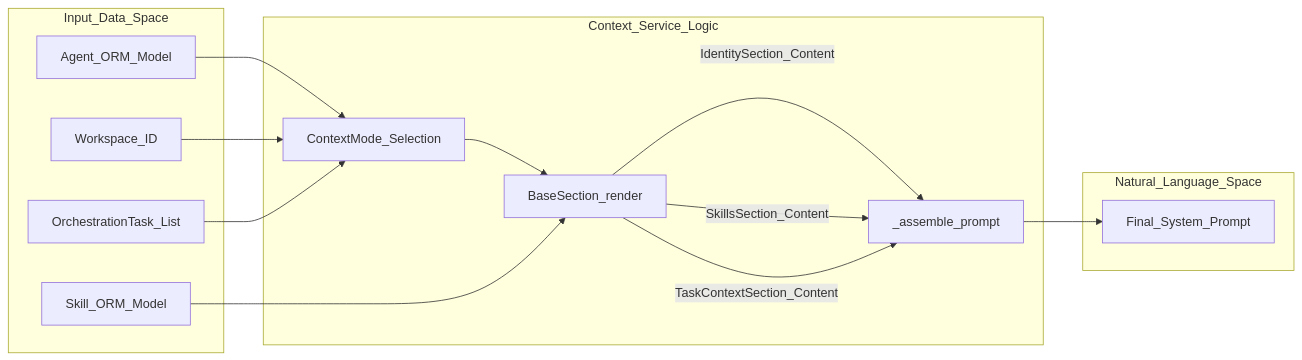
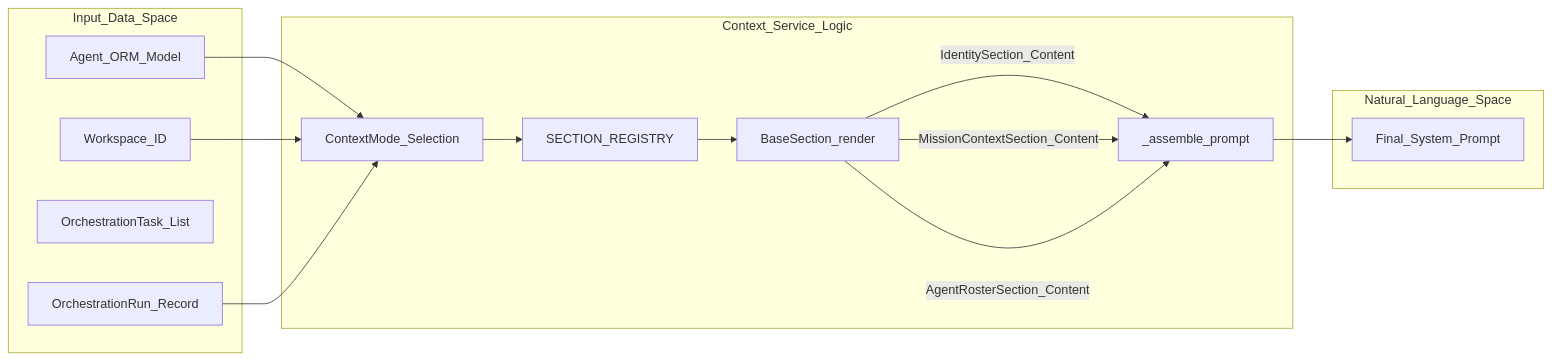
Before and after one commit to AutomatosAI/automatos-ai: the second of 2 diagrams in docs/context-service/context-modes.md, drawn with Mermaid. The commit also changed other lines of this file and 153 other files, not shown here.

````diff
--- a/docs/context-service/context-modes.md
+++ b/docs/context-service/context-modes.md
@@ -162,29 +161,30 @@
 ```mermaid
 graph LR
     subgraph "Input_Data_Space"
         Agent["Agent_ORM_Model"]
         WS["Workspace_ID"]
         Tasks["OrchestrationTask_List"]
-        Skills["Skill_ORM_Model"]
+        Run["OrchestrationRun_Record"]
     end
 
     subgraph "Context_Service_Logic"
         Mode["ContextMode_Selection"]
+        Registry["SECTION_REGISTRY"]
         Render["BaseSection_render"]
         Join["_assemble_prompt"]
     end
 
     subgraph "Natural_Language_Space"
         P["Final_System_Prompt"]
     end
 
     Agent --> Mode
     WS --> Mode
-    Tasks --> Mode
-    Mode --> Render
-    Skills --> Render
+    Run --> Mode
+    Mode --> Registry
+    Registry --> Render
     Render -- "IdentitySection_Content" --> Join
-    Render -- "SkillsSection_Content" --> Join
-    Render -- "TaskContextSection_Content" --> Join
+    Render -- "MissionContextSection_Content" --> Join
+    Render -- "AgentRosterSection_Content" --> Join
     Join --> P
 ```
````
